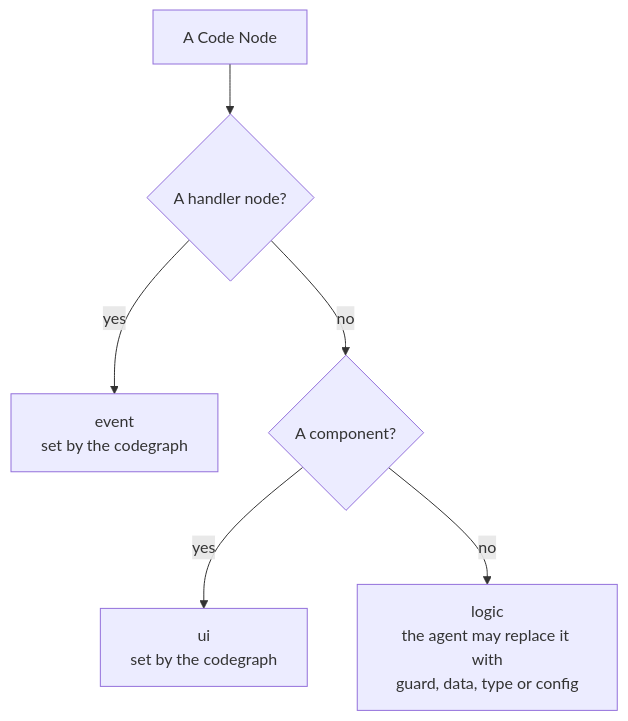
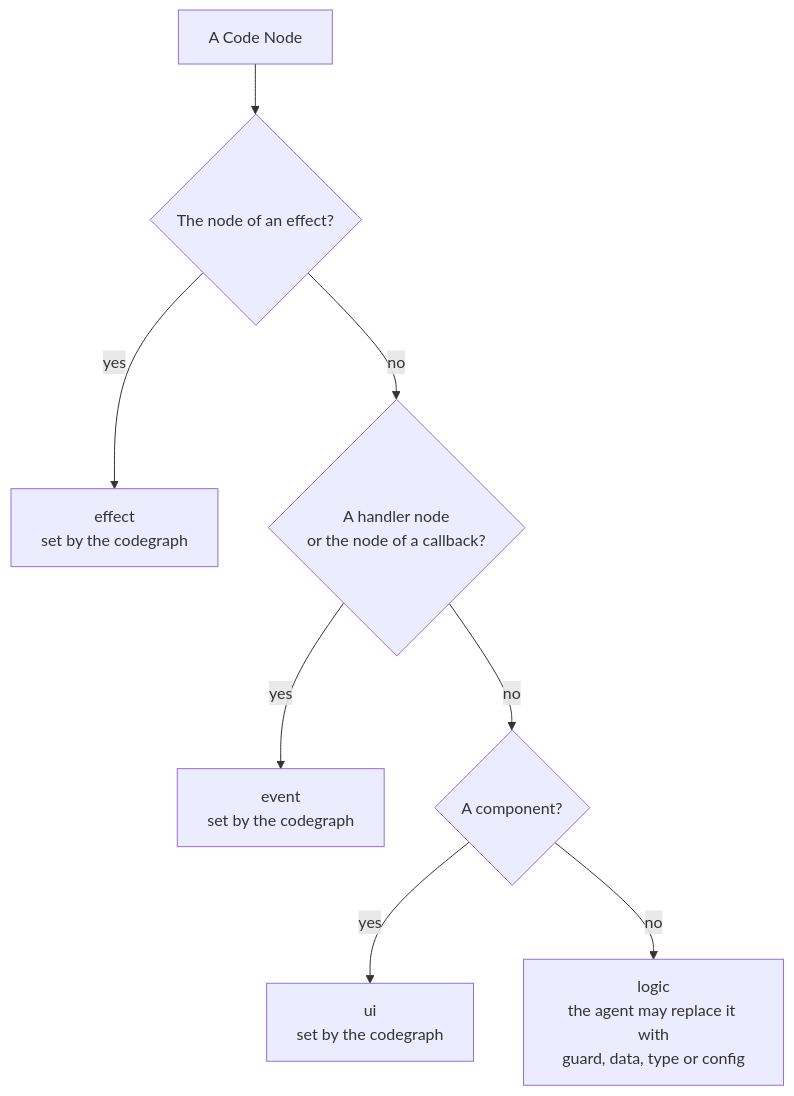
Before and after one commit to kidlat-dakila/flight-plan: the fourth of 4 diagrams in docs/vocabulary/journey-flow-diagram.md, drawn with Mermaid. The commit also changed other lines of this file and 400 other files, not shown here.

````diff
--- a/docs/vocabulary/journey-flow-diagram.md
+++ b/docs/vocabulary/journey-flow-diagram.md
@@ -220,8 +208,10 @@
 ```mermaid
 flowchart TD
-  node["A Code Node"] --> isHandler{"A handler node?"}
+  node["A Code Node"] --> isEffect{"The node of an effect?"}
+  isEffect -->|yes| effect["effect<br/>set by the codegraph"]
+  isEffect -->|no| isHandler{"A handler node<br/>or the node of a callback?"}
   isHandler -->|yes| event["event<br/>set by the codegraph"]
   isHandler -->|no| isComponent{"A component?"}
   isComponent -->|yes| ui["ui<br/>set by the codegraph"]
   isComponent -->|no| logic["logic<br/>the agent may replace it with<br/>guard, data, type or config"]
 ```
````
